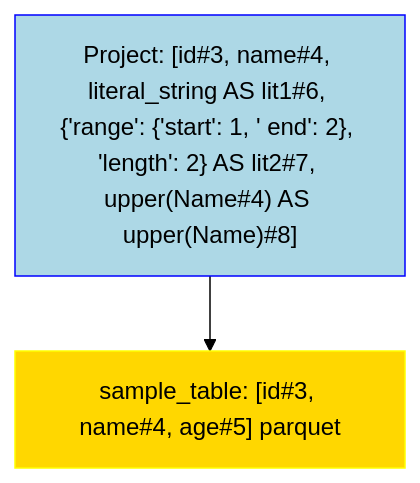
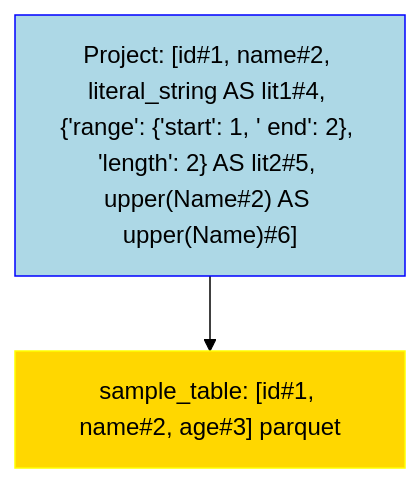
One commit to NielkNetraam/explainalyzed changed the diagram in data/visualization/select_2.mmd. Above: the diagram before and after it, drawn with Mermaid (forest theme). The commit also changed 63 other files, not shown here.

```diff
--- a/data/visualization/select_2.mmd
+++ b/data/visualization/select_2.mmd
@@ -1,13 +1,13 @@
 flowchart TD
     classDef PROJECT stroke:Blue,fill:LightBlue,color:black
     classDef FILTER stroke:Green,fill:LightGreen,color:black
     classDef UNION stroke:Purple,fill:Violet,color:black
     classDef JOIN stroke:DarkOrange,fill:Orange,color:black
     classDef RELATION stroke:Yellow,fill:Gold,color:black
     classDef AGGREGATE stroke:Brown,fill:Chocolate,color:black
     classDef WINDOW stroke:Aqua,fill:Cyan,color:black
 
-    Project#00001["Project: [id#3, name#4, literal_string AS lit1#6, {'range': {'start': 1, ' end': 2}, 'length': 2} AS lit2#7, upper(Name#4) AS upper(Name)#8]"]:::PROJECT
-    Relation#00002["sample_table: [id#3, name#4, age#5] parquet"]:::RELATION
+    Project#00001["Project: [id#1, name#2, literal_string AS lit1#4, {'range': {'start': 1, ' end': 2}, 'length': 2} AS lit2#5, upper(Name#2) AS upper(Name)#6]"]:::PROJECT
+    Relation#00002["sample_table: [id#1, name#2, age#3] parquet"]:::RELATION
 
     Project#00001 --> Relation#00002
```
